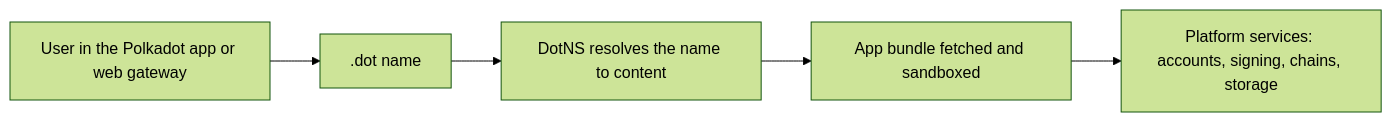
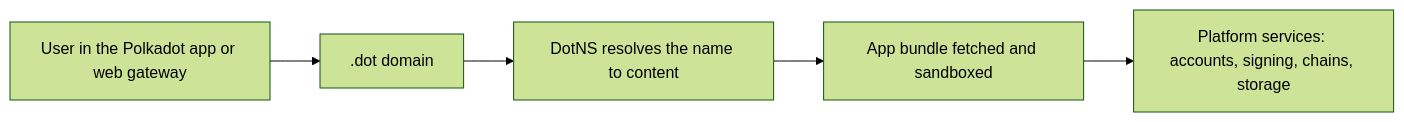
One commit to Polkadot-Community-Foundation/polkadot-app-docs changed the diagram in docs/getting-started/index.md. Above: the diagram before and after it, drawn with Mermaid (forest theme). The commit also changed other lines of this file and 31 other files, not shown here.

````diff
--- a/docs/getting-started/index.md
+++ b/docs/getting-started/index.md
@@ -59,7 +58,7 @@
 ```mermaid
 flowchart LR
-  U[User in the Polkadot app or web gateway] --> N[".dot name"]
+  U[User in the Polkadot app or web gateway] --> N[".dot domain"]
   N --> R[DotNS resolves the name to content]
   R --> A[App bundle fetched and sandboxed]
   A --> S[Platform services: accounts, signing, chains, storage]
 ```
````
